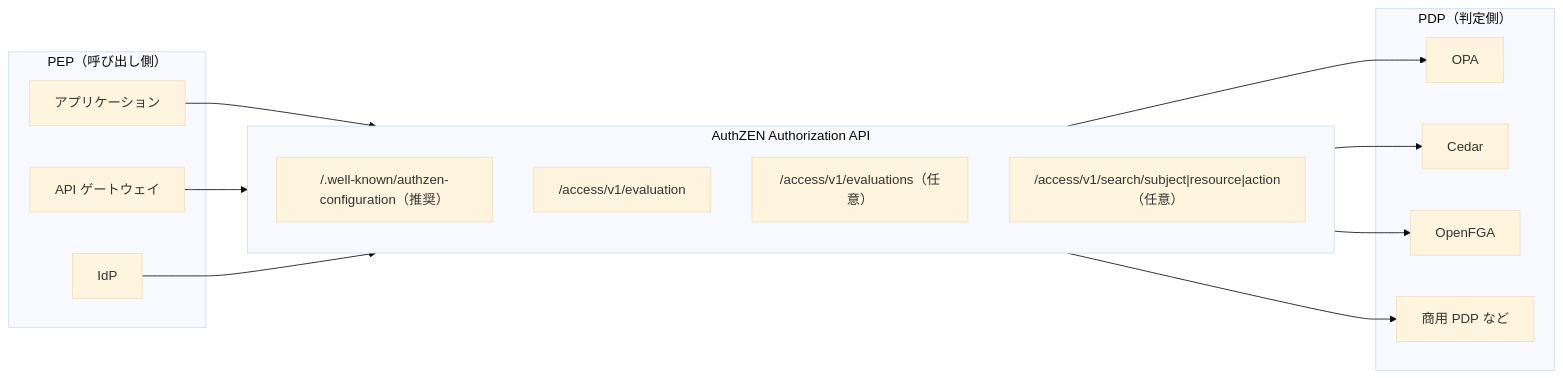
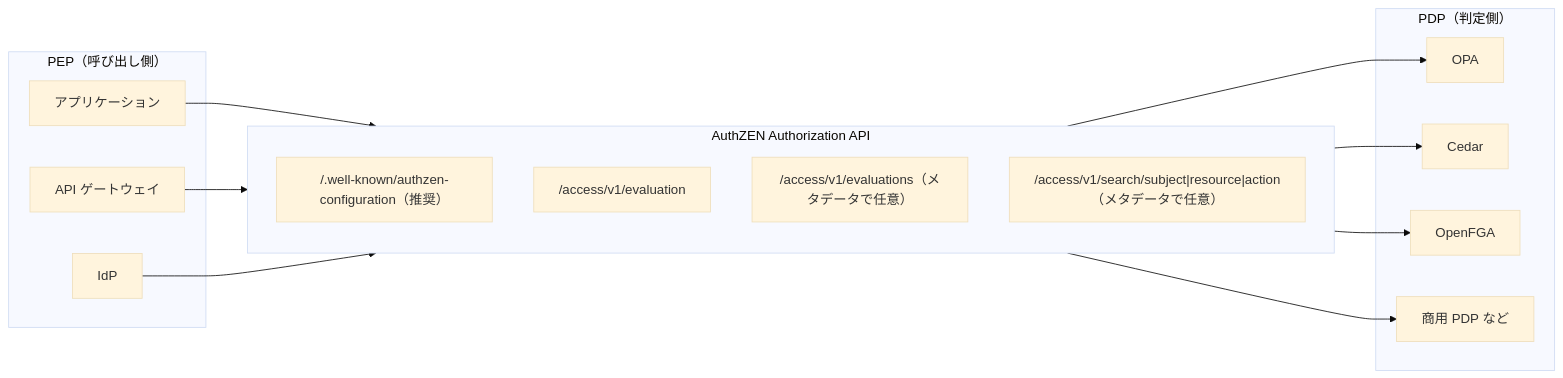
One commit to bmf-san/bmf-tech changed the diagram in content/ja/posts/authzen-authorization-api.md. Above: the diagram before and after it, drawn with Mermaid (base theme). The commit also changed 1 other file, not shown here.

Commit message:
fix: AuthZEN の記事の全体像の図のラベルを、メタデータで任意という明文に合わせる
§9.1.1 で OPTIONAL なのはメタデータのパラメータなので、図の一括判定と検索のラベルを「メタデータで任意」とした

````diff
--- a/content/ja/posts/authzen-authorization-api.md
+++ b/content/ja/posts/authzen-authorization-api.md
@@ -39,27 +39,27 @@
 ```mermaid
 flowchart LR
     subgraph PEPs["PEP（呼び出し側）"]
         APP["アプリケーション"]
         GW["API ゲートウェイ"]
         IDP["IdP"]
     end
     subgraph API["AuthZEN Authorization API"]
         META["/.well-known/authzen-configuration（推奨）"]
         EV["/access/v1/evaluation"]
-        EVS["/access/v1/evaluations（任意）"]
-        SR["/access/v1/search/subject|resource|action（任意）"]
+        EVS["/access/v1/evaluations（メタデータで任意）"]
+        SR["/access/v1/search/subject|resource|action（メタデータで任意）"]
     end
     subgraph PDPs["PDP（判定側）"]
         OPA["OPA"]
         CEDAR["Cedar"]
         FGA["OpenFGA"]
         OTHER["商用 PDP など"]
     end
     APP --> API
     GW --> API
     IDP --> API
     API --> OPA
     API --> CEDAR
     API --> FGA
     API --> OTHER
 ```
````
